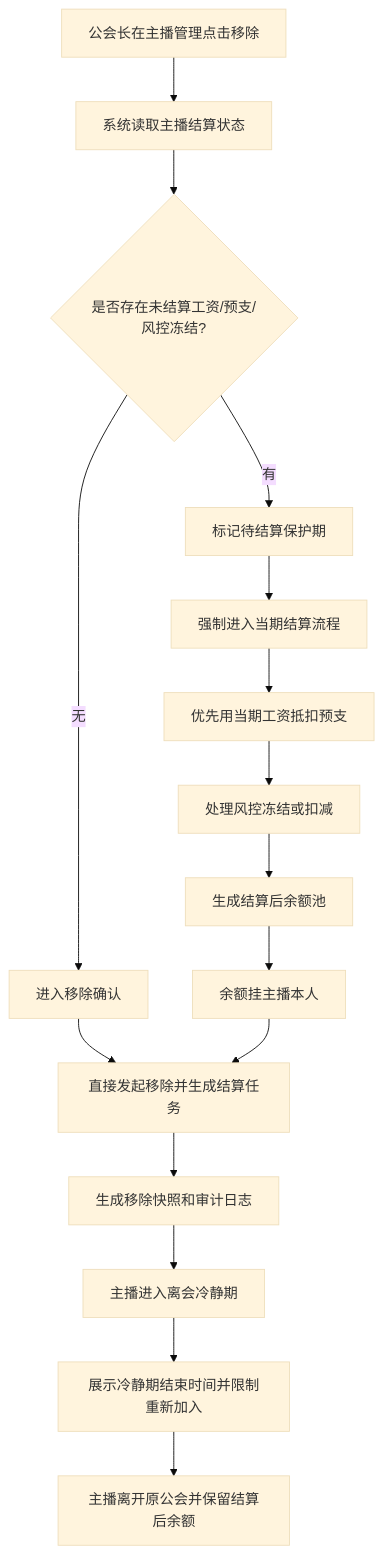
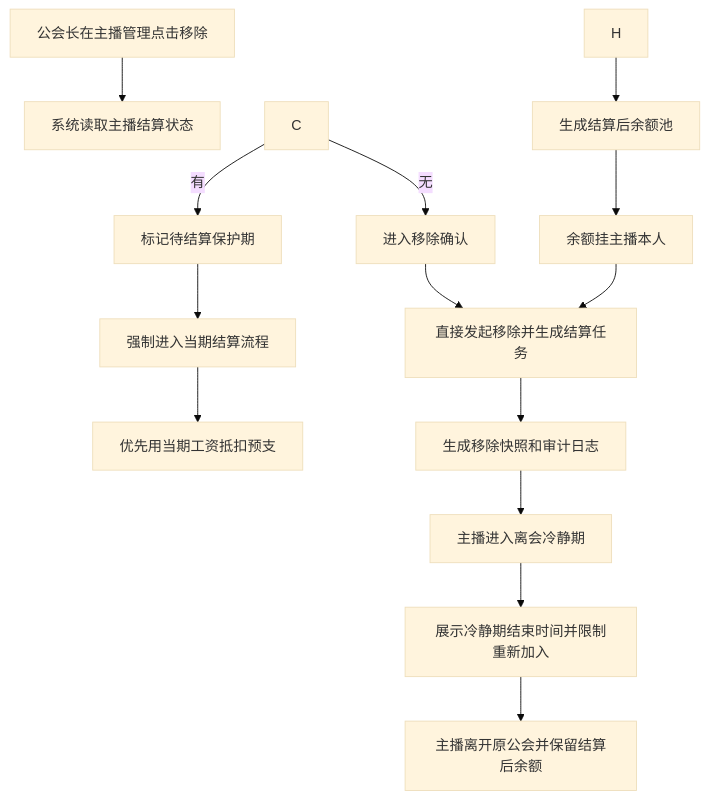
Before and after one commit to kocekid/TALO-Guild-Policy-Requirements: the ninth of 13 diagrams in TALO公会政策_客户端后台需求文档PRD.md, drawn with Mermaid (base theme). The commit also changed other lines of this file and 18 other files, not shown here.

Commit message:
更新TALO公会政策PRD与原型图

````diff
--- a/TALO公会政策_客户端后台需求文档PRD.md
+++ b/TALO公会政策_客户端后台需求文档PRD.md
@@ -2159,18 +2223,16 @@
 ```mermaid
 flowchart TD
     A[公会长在主播管理点击移除] --> B[系统读取主播结算状态]
-    B --> C{是否存在未结算工资/预支/风控冻结?}
     C -->|无| D[进入移除确认]
     C -->|有| E[标记待结算保护期]
     E --> F[强制进入当期结算流程]
     F --> G[优先用当期工资抵扣预支]
-    G --> H[处理风控冻结或扣减]
     H --> I[生成结算后余额池]
     I --> J[余额挂主播本人]
     D --> K[直接发起移除并生成结算任务]
     J --> K
     K --> L[生成移除快照和审计日志]
     L --> M[主播进入离会冷静期]
     M --> N[展示冷静期结束时间并限制重新加入]
     N --> O[主播离开原公会并保留结算后余额]
 ```
````
